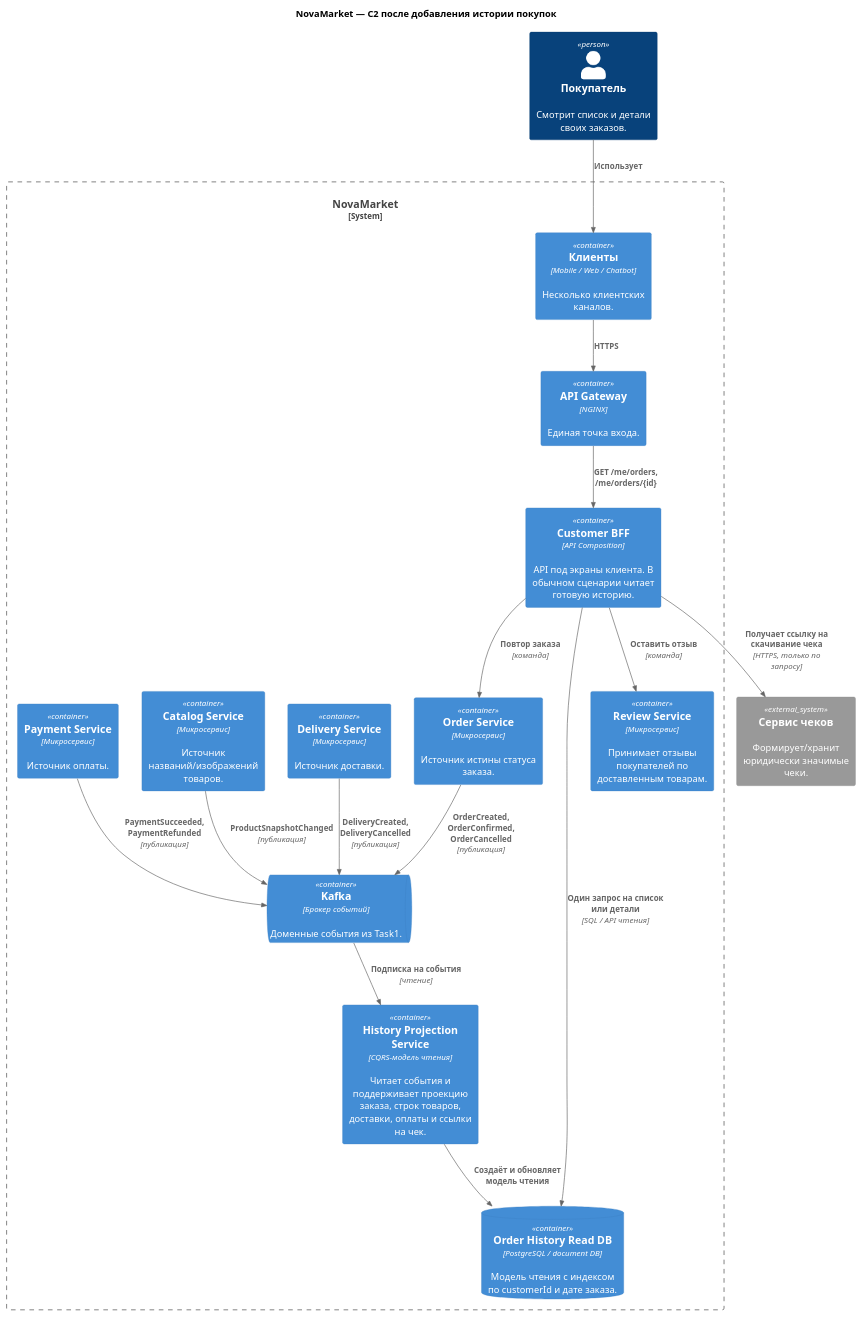
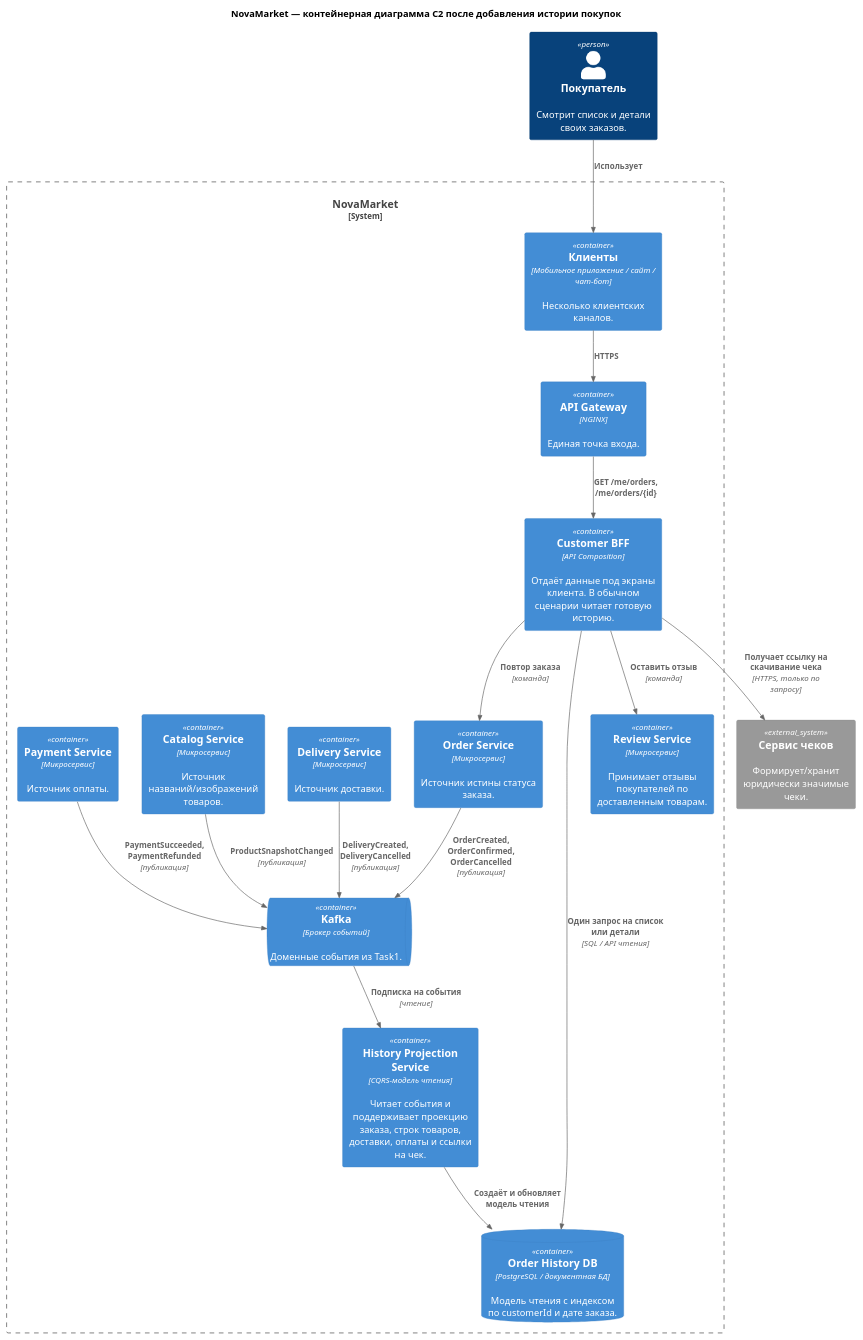
Before and after one commit to FFinn/MSA-3-NovaMarket-v1: the diagram in Task2/c2-order-history-architecture.puml, drawn with PlantUML. The commit also changed 12 other files, not shown here.

```diff
--- a/Task2/c2-order-history-architecture.puml
+++ b/Task2/c2-order-history-architecture.puml
@@ -1,34 +1,34 @@
 @startuml
 !include <C4/C4_Container>
 LAYOUT_TOP_DOWN()
-title NovaMarket — C2 после добавления истории покупок
+title NovaMarket — контейнерная диаграмма C2 после добавления истории покупок
 
 Person(customer, "Покупатель", "Смотрит список и детали своих заказов.")
 System_Ext(receipt, "Сервис чеков", "Формирует/хранит юридически значимые чеки.")
 System_Boundary(novamarket, "NovaMarket") {
- Container(mobile, "Клиенты", "Mobile / Web / Chatbot", "Несколько клиентских каналов.")
+ Container(mobile, "Клиенты", "Мобильное приложение / сайт / чат-бот", "Несколько клиентских каналов.")
  Container(gateway, "API Gateway", "NGINX", "Единая точка входа.")
- Container(bff, "Customer BFF", "API Composition", "API под экраны клиента. В обычном сценарии читает готовую историю.")
+ Container(bff, "Customer BFF", "API Composition", "Отдаёт данные под экраны клиента. В обычном сценарии читает готовую историю.")
  Container(history, "History Projection Service", "CQRS-модель чтения", "Читает события и поддерживает проекцию заказа, строк товаров, доставки, оплаты и ссылки на чек.")
- ContainerDb(historyDb, "Order History Read DB", "PostgreSQL / document DB", "Модель чтения с индексом по customerId и дате заказа.")
+ ContainerDb(historyDb, "Order History DB", "PostgreSQL / документная БД", "Модель чтения с индексом по customerId и дате заказа.")
  ContainerQueue(kafka, "Kafka", "Брокер событий", "Доменные события из Task1.")
  Container(order, "Order Service", "Микросервис", "Источник истины статуса заказа.")
  Container(review, "Review Service", "Микросервис", "Принимает отзывы покупателей по доставленным товарам.")
  Container(catalog, "Catalog Service", "Микросервис", "Источник названий/изображений товаров.")
  Container(payment, "Payment Service", "Микросервис", "Источник оплаты.")
  Container(delivery, "Delivery Service", "Микросервис", "Источник доставки.")
 }
 Rel(customer, mobile, "Использует")
 Rel(mobile, gateway, "HTTPS")
 Rel(gateway, bff, "GET /me/orders, /me/orders/{id}")
 Rel(bff, historyDb, "Один запрос на список или детали", "SQL / API чтения")
 Rel(bff, receipt, "Получает ссылку на скачивание чека", "HTTPS, только по запросу")
 Rel(bff, order, "Повтор заказа", "команда")
 Rel(bff, review, "Оставить отзыв", "команда")
 Rel(order, kafka, "OrderCreated, OrderConfirmed, OrderCancelled", "публикация")
 Rel(payment, kafka, "PaymentSucceeded, PaymentRefunded", "публикация")
 Rel(delivery, kafka, "DeliveryCreated, DeliveryCancelled", "публикация")
 Rel(catalog, kafka, "ProductSnapshotChanged", "публикация")
 Rel(kafka, history, "Подписка на события", "чтение")
 Rel(history, historyDb, "Создаёт и обновляет модель чтения")
 @enduml
```
